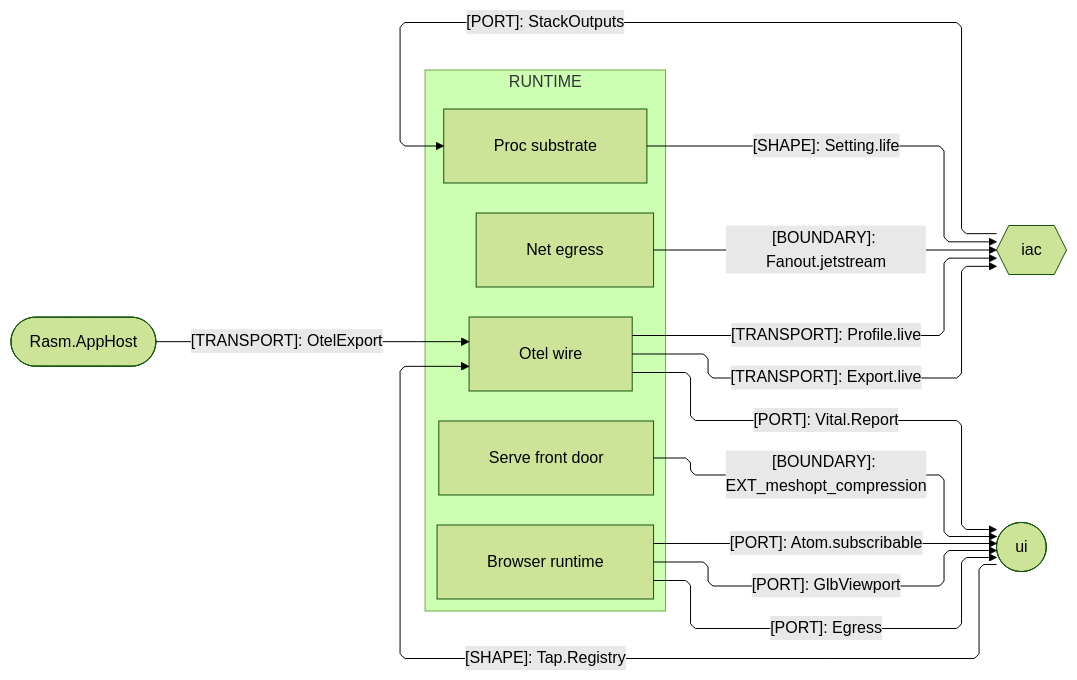
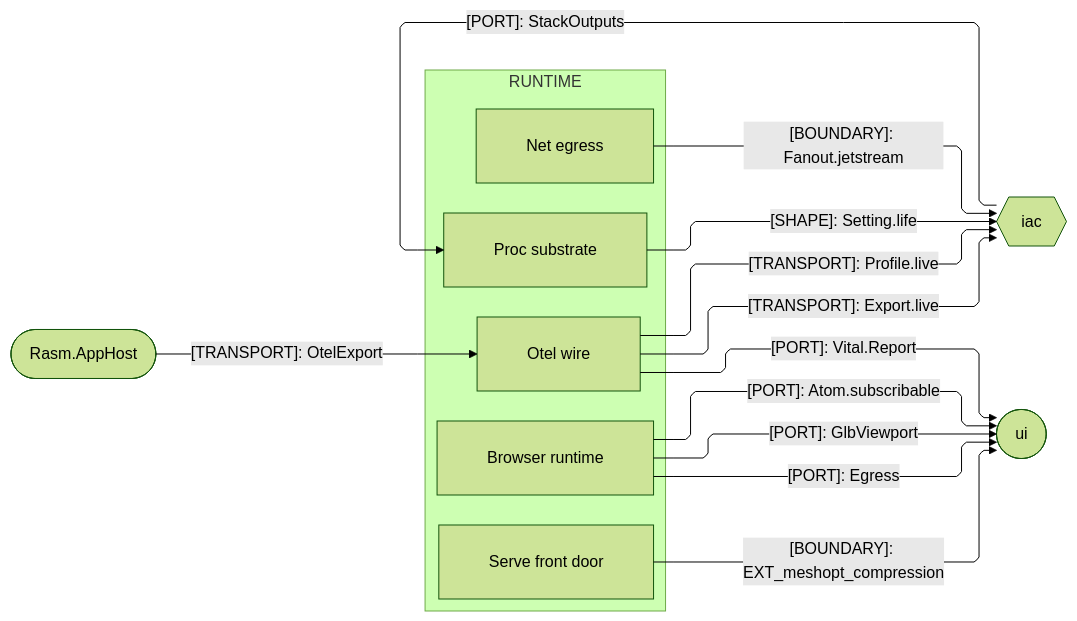
Before and after one commit to bsamiee/Rasm: the third of 4 diagrams in libs/typescript/runtime/ARCHITECTURE.md, drawn with Mermaid (forest theme). The commit also changed other lines of this file and 400 other files, not shown here.

````diff
--- a/libs/typescript/runtime/ARCHITECTURE.md
+++ b/libs/typescript/runtime/ARCHITECTURE.md
@@ -161,34 +160,33 @@
 ```mermaid
 ---
 config:
   layout: elk
   flowchart:
     curve: linear
     padding: 25
 ---
 flowchart LR
     accTitle: Runtime platform and cross-runtime seam registry
     accDescr: Runtime owners exchanging settings, stack outputs, subscribable planes, and OTLP telemetry with iac, ui, and the Rasm.AppHost host.
     subgraph runtime[RUNTIME]
         Otel[Otel wire]
         Proc[Proc substrate]
         Net[Net egress]
         Serve[Serve front door]
         Browser[Browser runtime]
     end
     AppHost([Rasm.AppHost])
     Iac{{iac}}
     Ui([ui])
     AppHost e1@-->|"[TRANSPORT]: OtelExport"| Otel
     Proc e2@-->|"[SHAPE]: Setting.life"| Iac
     Net e3@-->|"[BOUNDARY]: Fanout.jetstream"| Iac
     Iac e4@-->|"[PORT]: StackOutputs"| Proc
     Serve e5@-->|"[BOUNDARY]: EXT_meshopt_compression"| Ui
     Browser e6@-->|"[PORT]: Atom.subscribable"| Ui
     Browser e7@-->|"[PORT]: GlbViewport"| Ui
     Browser e12@-->|"[PORT]: Egress"| Ui
     Otel e8@-->|"[TRANSPORT]: Export.live"| Iac
-    Ui e9@-->|"[SHAPE]: Tap.Registry"| Otel
     Otel e10@-->|"[TRANSPORT]: Profile.live"| Iac
     Otel e11@-->|"[PORT]: Vital.Report"| Ui
 ```
````
